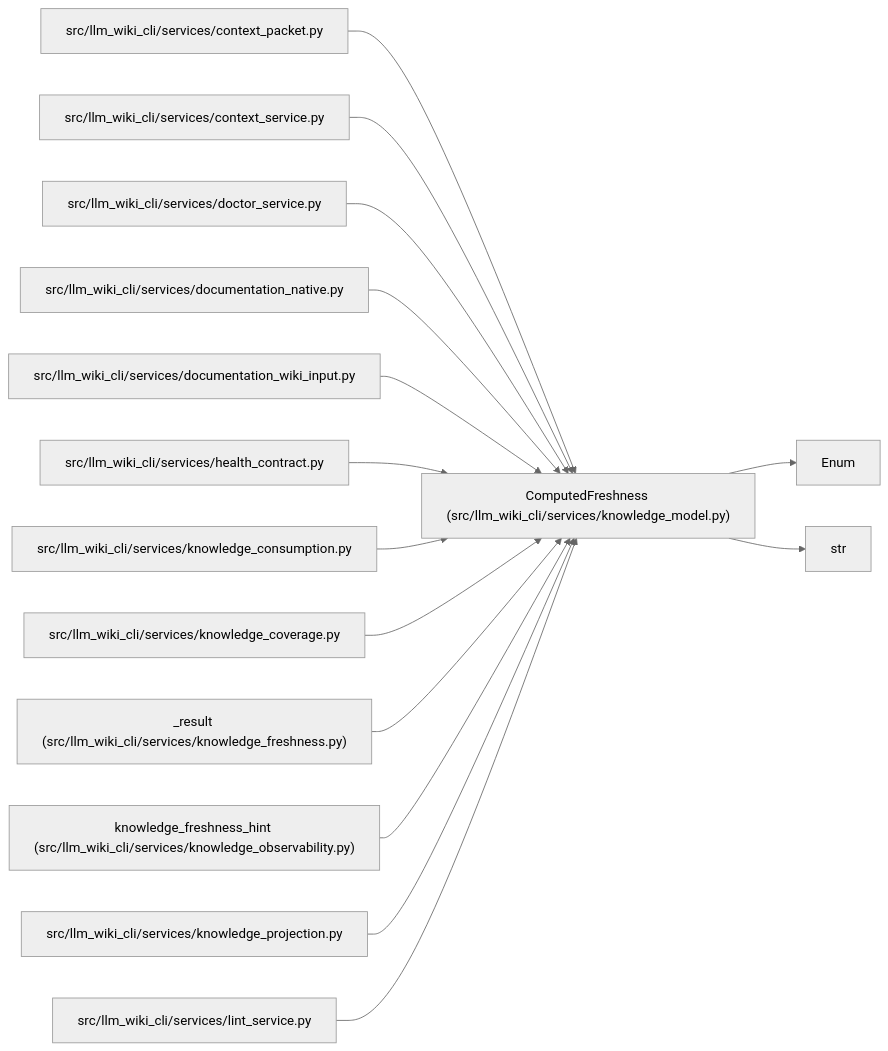
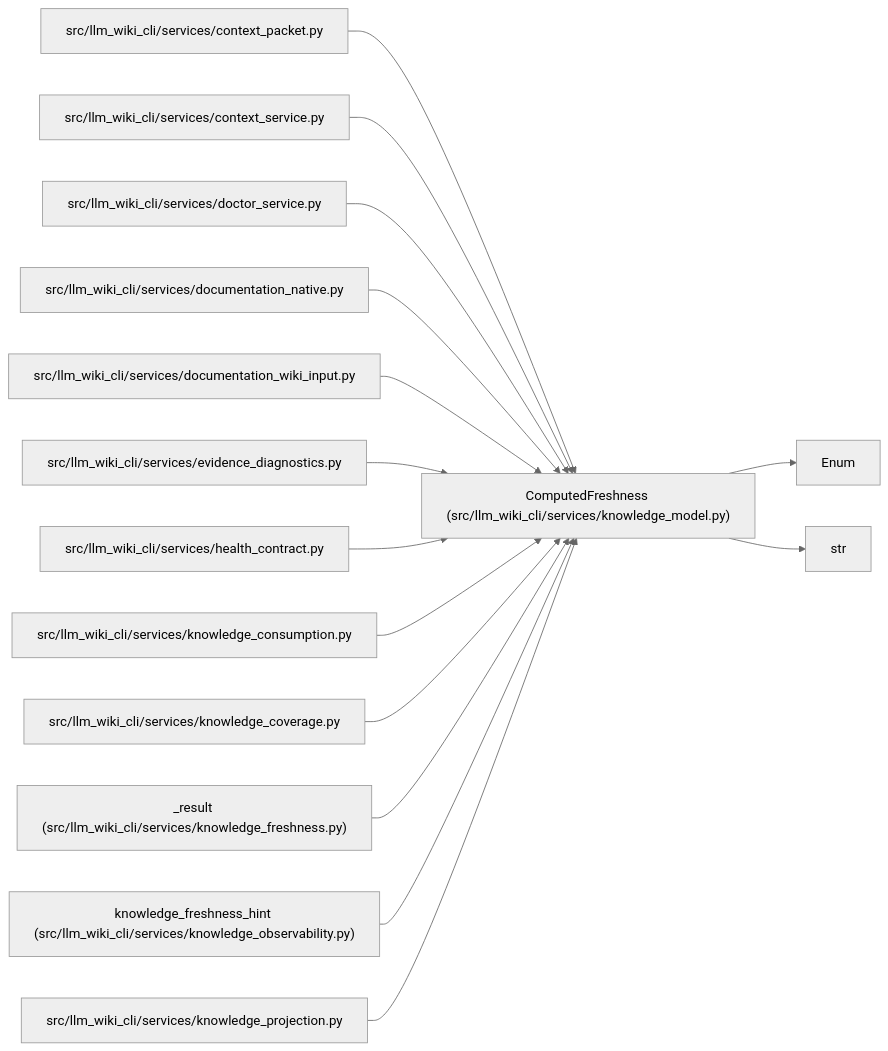
One commit to Denissvgn/python-wiki-llm changed the diagram in docs/llm_wiki/entities/ComputedFreshness.md. Above: the diagram before and after it, drawn with Mermaid (neutral theme). The commit also changed other lines of this file and 775 other files, not shown here.

````diff
--- a/docs/llm_wiki/entities/ComputedFreshness.md
+++ b/docs/llm_wiki/entities/ComputedFreshness.md
@@ -30,45 +30,45 @@
 ```mermaid
 flowchart LR
     n0["ComputedFreshness (src/llm_wiki_cli/services/knowledge_model.py)"]
     n1["Enum"]
     n2["str"]
     n3["src/llm_wiki_cli/services/context_packet.py"]
     n4["src/llm_wiki_cli/services/context_service.py"]
     n5["src/llm_wiki_cli/services/doctor_service.py"]
     n6["src/llm_wiki_cli/services/documentation_native.py"]
     n7["src/llm_wiki_cli/services/documentation_wiki_input.py"]
-    n8["src/llm_wiki_cli/services/health_contract.py"]
-    n9["src/llm_wiki_cli/services/knowledge_consumption.py"]
-    n10["src/llm_wiki_cli/services/knowledge_coverage.py"]
-    n11["_result (src/llm_wiki_cli/services/knowledge_freshness.py)"]
-    n12["knowledge_freshness_hint (src/llm_wiki_cli/services/knowledge_observability.py)"]
-    n13["src/llm_wiki_cli/services/knowledge_projection.py"]
-    n14["src/llm_wiki_cli/services/lint_service.py"]
+    n8["src/llm_wiki_cli/services/evidence_diagnostics.py"]
+    n9["src/llm_wiki_cli/services/health_contract.py"]
+    n10["src/llm_wiki_cli/services/knowledge_consumption.py"]
+    n11["src/llm_wiki_cli/services/knowledge_coverage.py"]
+    n12["_result (src/llm_wiki_cli/services/knowledge_freshness.py)"]
+    n13["knowledge_freshness_hint (src/llm_wiki_cli/services/knowledge_observability.py)"]
+    n14["src/llm_wiki_cli/services/knowledge_projection.py"]
     n0 --> n1
     n0 --> n2
     n3 --> n0
     n4 --> n0
     n5 --> n0
     n6 --> n0
     n7 --> n0
     n8 --> n0
     n9 --> n0
     n10 --> n0
     n11 --> n0
     n12 --> n0
     n13 --> n0
     n14 --> n0
     click n0 "../modules/knowledge_model.md"
     click n3 "../modules/context_packet.md"
     click n4 "../modules/context_service.md"
     click n5 "../modules/doctor_service.md"
     click n6 "../modules/documentation_native.md"
     click n7 "../modules/documentation_wiki_input.md"
-    click n8 "../modules/health_contract.md"
-    click n9 "../modules/knowledge_consumption.md"
-    click n10 "../modules/knowledge_coverage.md"
-    click n11 "../modules/knowledge_freshness.md"
-    click n12 "../modules/knowledge_observability.md"
-    click n13 "../modules/knowledge_projection.md"
-    click n14 "../modules/lint_service.md"
+    click n8 "../modules/evidence_diagnostics.md"
+    click n9 "../modules/health_contract.md"
+    click n10 "../modules/knowledge_consumption.md"
+    click n11 "../modules/knowledge_coverage.md"
+    click n12 "../modules/knowledge_freshness.md"
+    click n13 "../modules/knowledge_observability.md"
+    click n14 "../modules/knowledge_projection.md"
 ```
````
